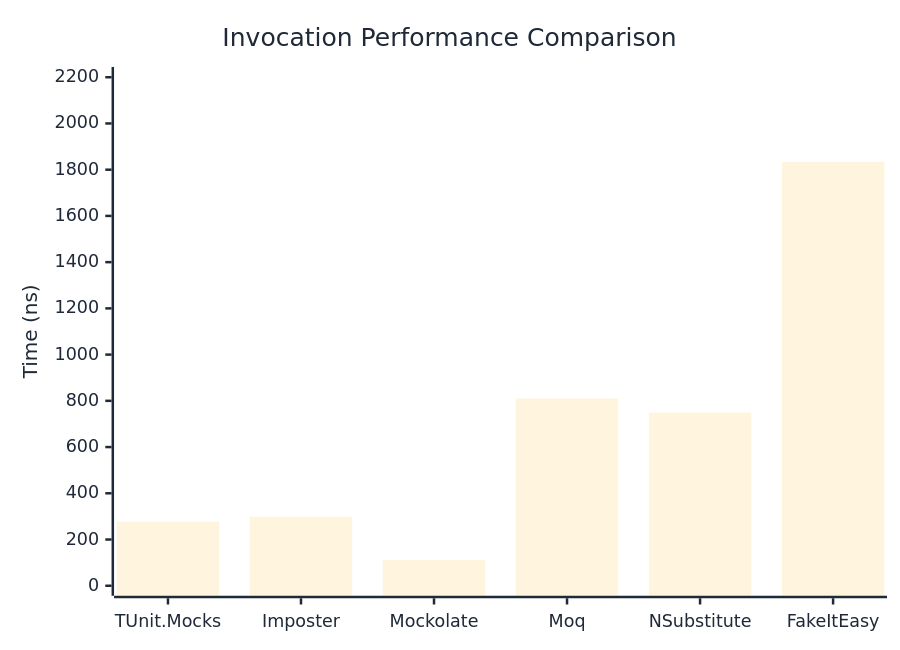
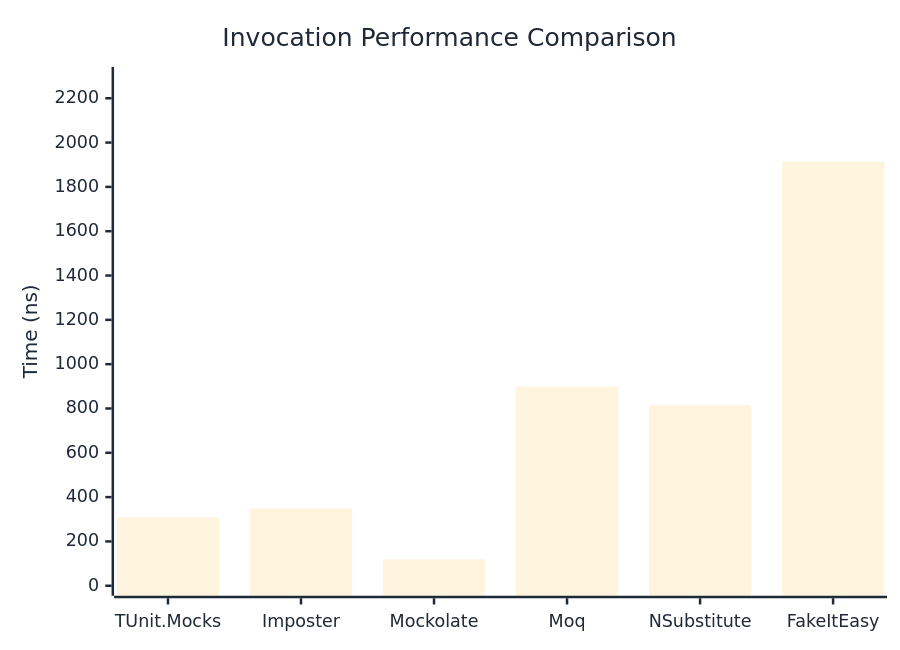
The first of 3 diagrams in docs/docs/benchmarks/mocks/Invocation.md (thomhurst/TUnit), drawn with Mermaid before and after one commit. The commit also changed other lines of this file and 14 other files, not shown here.

````diff
--- a/docs/docs/benchmarks/mocks/Invocation.md
+++ b/docs/docs/benchmarks/mocks/Invocation.md
@@ -30,27 +30,27 @@
 ```mermaid
 %%{init: {
   'theme':'base',
   'themeVariables': {
     'primaryColor': '#2563eb',
     'primaryTextColor': '#1f2937',
     'primaryBorderColor': '#1e40af',
     'lineColor': '#6b7280',
     'secondaryColor': '#7c3aed',
     'tertiaryColor': '#dc2626',
     'background': '#ffffff',
     'pie1': '#2563eb',
     'pie2': '#7c3aed',
     'pie3': '#dc2626',
     'pie4': '#f59e0b',
     'pie5': '#10b981',
     'pie6': '#06b6d4',
     'pie7': '#ec4899',
     'pie8': '#6366f1'
   }
 }}%%
 xychart-beta
   title "Invocation Performance Comparison"
   x-axis ["TUnit.Mocks", "Imposter", "Mockolate", "Moq", "NSubstitute", "FakeItEasy"]
-  y-axis "Time (ns)" 0 --> 2201
-  bar [276.9, 298.5, 111.1, 810.2, 749.4, 1833.6]
+  y-axis "Time (ns)" 0 --> 2296
+  bar [309.6, 348, 119.4, 898.2, 815.5, 1913.3]
 ```
````
